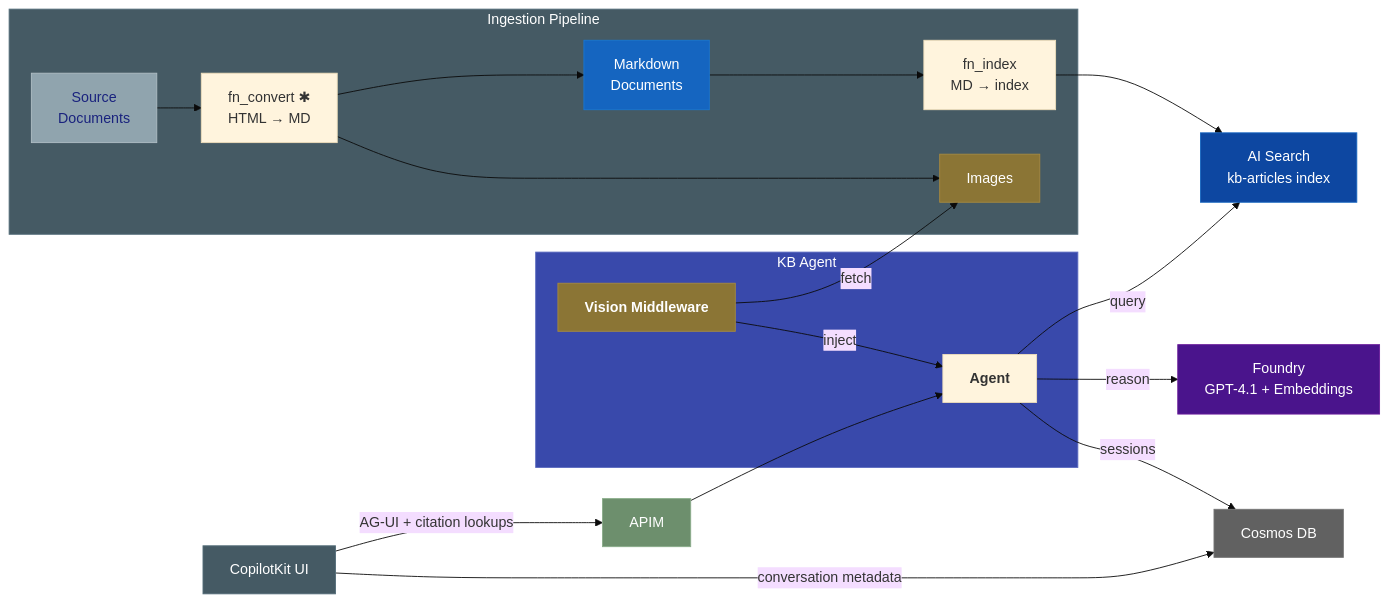
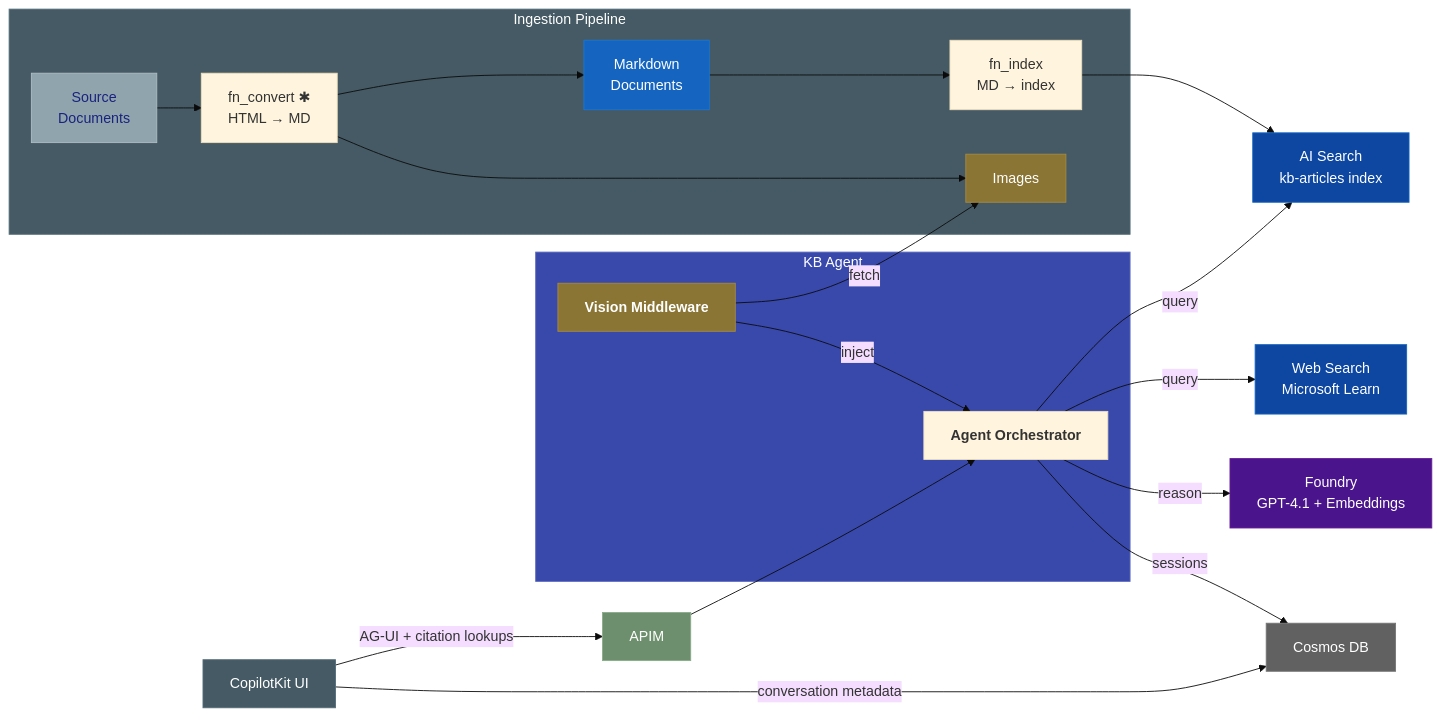
One commit to aldelar/context-aware-vision-grounded-kb-agent changed diagram 13 of 13 in README.md. Above: the diagram before and after it, drawn with Mermaid (base theme). The commit also changed other lines of this file and 68 other files, not shown here.

First line of the commit message:
feat: multi-agent handoff with orchestrator and MCP web search (#26)

````diff
--- a/README.md
+++ b/README.md
@@ -450,35 +555,37 @@
 ```mermaid
 flowchart LR
     subgraph Pipeline["Ingestion Pipeline"]
         SA1["Source<br/>Documents"] --> CVT["fn_convert ✱<br/>HTML → MD"] --> SA2["Markdown<br/>Documents"] --> IDX["fn_index<br/>MD → index"]
         CVT --> IMG["Images"]
     end
 
     IDX --> AIS["AI Search<br/>kb-articles index"]
 
     subgraph AgentSvc["KB Agent"]
-        AGENT["<b>Agent</b>"]
+        ORCH["<b>Agent Orchestrator</b>"]
         VIS["<b>Vision Middleware</b>"]
     end
 
-    AGENT -->|query| AIS
-    AGENT -->|reason| AF["Foundry<br/>GPT-4.1 + Embeddings"]
+    ORCH -->|query| AIS
+    ORCH -->|query| WEB["Web Search<br/>Microsoft Learn"]
+    ORCH -->|reason| AF["Foundry<br/>GPT-4.1 + Embeddings"]
     VIS -->|fetch| IMG
-    VIS -->|inject| AGENT
-    AGENT -->|sessions| COSMOS["Cosmos DB"]
+    VIS -->|inject| ORCH
+    ORCH -->|sessions| COSMOS["Cosmos DB"]
 
-    CHAT["CopilotKit UI"] -->|AG-UI + citation lookups| APIM["APIM"] --> AGENT
+    CHAT["CopilotKit UI"] -->|AG-UI + citation lookups| APIM["APIM"] --> ORCH
     CHAT -->|conversation metadata| COSMOS
 
     style AgentSvc fill:#3949ab,stroke:#5c6bc0,color:#ffffff
     style Pipeline fill:#455a64,stroke:#546e7a,color:#ffffff
     style APIM fill:#6d8f6d,stroke:#8aac8a,color:#ffffff
     style COSMOS fill:#616161,stroke:#757575,color:#ffffff
     style SA2 fill:#1565c0,stroke:#1976d2,color:#ffffff
     style SA1 fill:#90a4ae,stroke:#b0bec5,color:#1a237e
     style AIS fill:#0d47a1,stroke:#1565c0,color:#ffffff
+    style WEB fill:#0d47a1,stroke:#1565c0,color:#ffffff
     style VIS fill:#8b7535,stroke:#a6893f,color:#ffffff
     style IMG fill:#8b7535,stroke:#a6893f,color:#ffffff
     style AF fill:#4a148c,stroke:#6a1b9a,color:#ffffff
     style CHAT fill:#455a64,stroke:#546e7a,color:#ffffff
 ```
````
